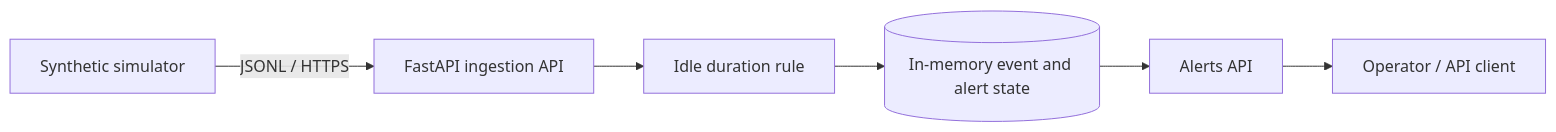
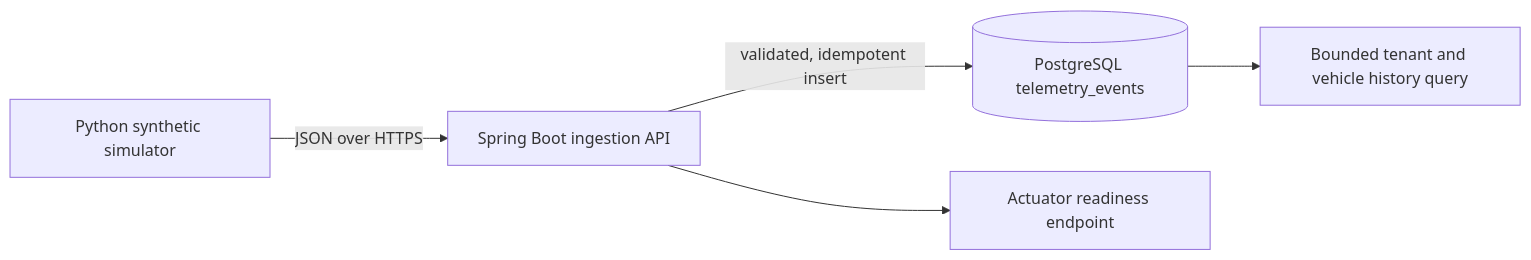
One commit to markapurammarthanda12/Fleet-Intelligence-Platform changed the first of 2 diagrams in docs/ARCHITECTURE.md. Above: the diagram before and after it, drawn with Mermaid. The commit also changed other lines of this file and 22 other files, not shown here.

Commit message:
feat: add Spring Boot telemetry API with PostgreSQL persistence

````diff
--- a/docs/ARCHITECTURE.md
+++ b/docs/ARCHITECTURE.md
@@ -5,8 +5,7 @@
 ```mermaid
 flowchart LR
-  SIM[Synthetic simulator] -->|JSONL / HTTPS| API[FastAPI ingestion API]
-  API --> RULE[Idle duration rule]
-  RULE --> MEM[(In-memory event and alert state)]
-  MEM --> REST[Alerts API]
-  REST --> OP[Operator / API client]
+  SIM[Python synthetic simulator] -->|JSON over HTTPS| API[Spring Boot ingestion API]
+  API -->|validated, idempotent insert| PG[(PostgreSQL telemetry_events)]
+  PG --> QUERY[Bounded tenant and vehicle history query]
+  API --> READY[Actuator readiness endpoint]
 ```
````
